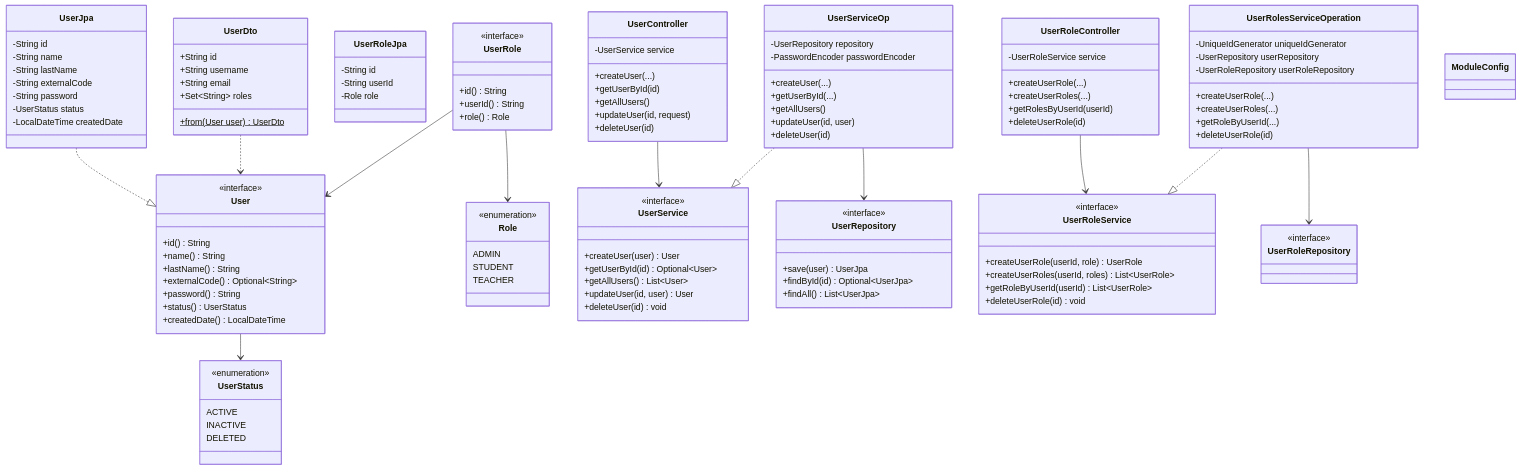
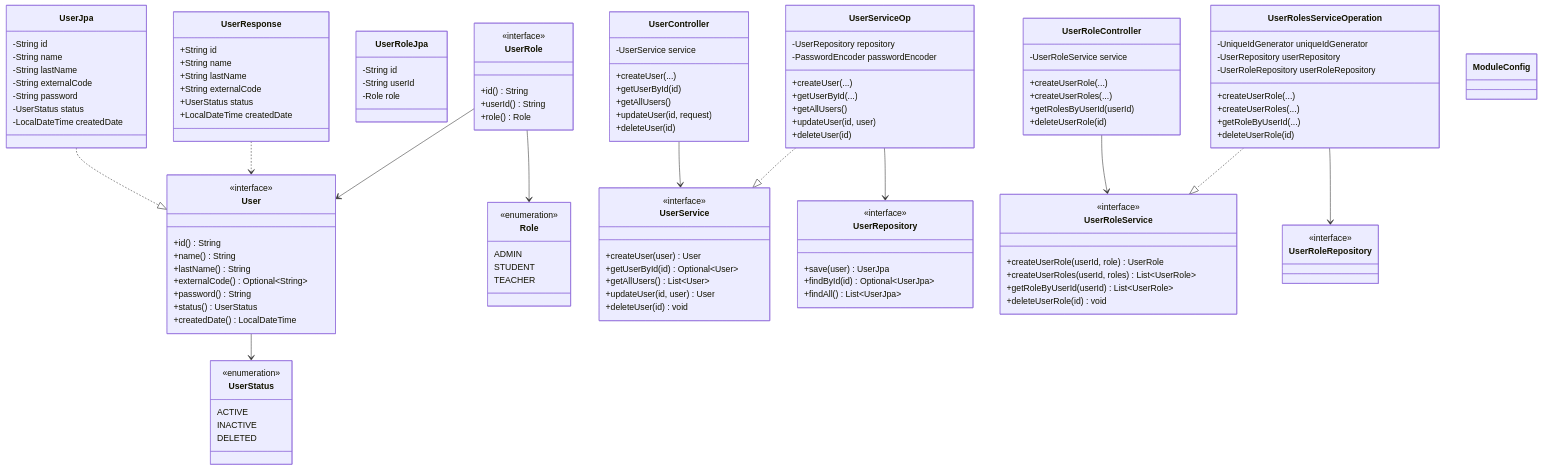
The third of 7 diagrams in architecture/ARCHITECTURE.md (Univalle-Gadim-Lab/virtual-lab-platform), drawn with Mermaid before and after one commit. The commit also changed other lines of this file and 3 other files, not shown here.

First line of the commit message:
docs: synchronize architecture documentation with implementation

```diff
--- a/architecture/ARCHITECTURE.md
+++ b/architecture/ARCHITECTURE.md
@@ -280,12 +280,13 @@
         +deleteUserRole(id)
     }
 
-    class UserDto {
+    class UserResponse {
         +String id
-        +String username
-        +String email
-        +Set~String~ roles
-        +from(User user) UserDto$
+        +String name
+        +String lastName
+        +String externalCode
+        +UserStatus status
+        +LocalDateTime createdDate
     }
 
     class ModuleConfig
@@ -297,7 +298,7 @@
     UserRolesServiceOperation --> UserRoleRepository
     UserController --> UserService
     UserRoleController --> UserRoleService
-    UserDto ..> User
+    UserResponse ..> User
     UserRole --> User
     UserRole --> Role
     User --> UserStatus
```
